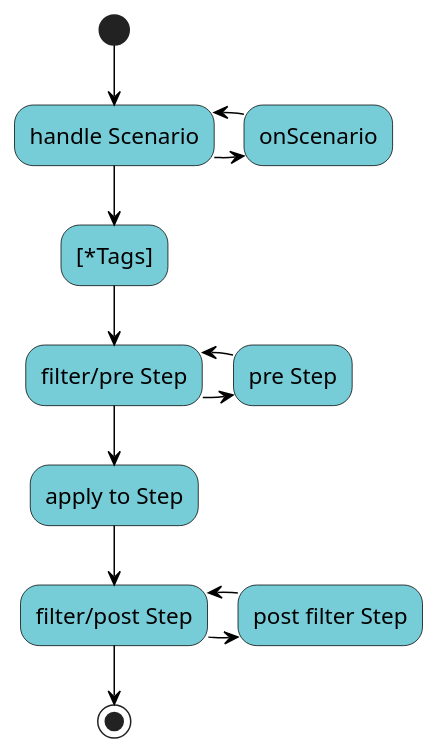
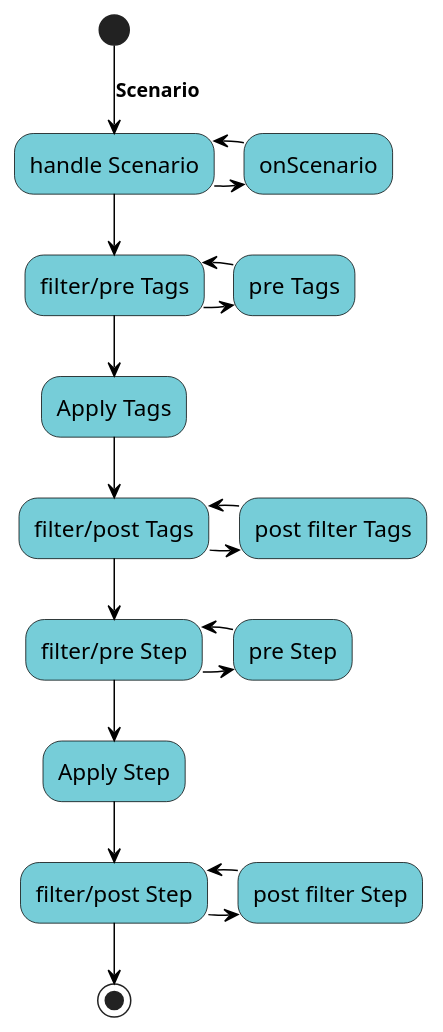
The diagram in src/data/scenario.puml (gherking/gherking-docs), drawn with PlantUML before and after one commit. The commit also changed 11 other files, not shown here.

Commit message:
plantuml visualization of the precompiler

```diff
--- a/src/data/scenario.puml
+++ b/src/data/scenario.puml
@@ -1,24 +1,30 @@
 @startuml
 skinparam activity {
 BackgroundColor #76CDD8
 ArrowColor black
 ArrowFontSize 13
 ArrowFontStyle bold
 ArrowFontName Segoe UI
 BorderColor black
 FontName Segoe UI
 FontSize 15
 }
-(*) --> "handle Scenario"
+(*) -->[Scenario] "handle Scenario"
 -right-> "onScenario"
 -left-> "handle Scenario"
---> "[*Tags]"
+--> "filter/pre Tags"
+-right-> "pre Tags"
+-left-> "filter/pre Tags"
+--> "Apply Tags"
+--> "filter/post Tags"
+-right-> "post filter Tags"
+-left-> "filter/post Tags"
 --> "filter/pre Step"
 -right-> "pre Step"
 -left-> "filter/pre Step"
---> "apply to Step"
+--> "Apply Step"
 --> "filter/post Step"
 -right-> "post filter Step"
 -left-> "filter/post Step"
 --> (*)
 @enduml
```
